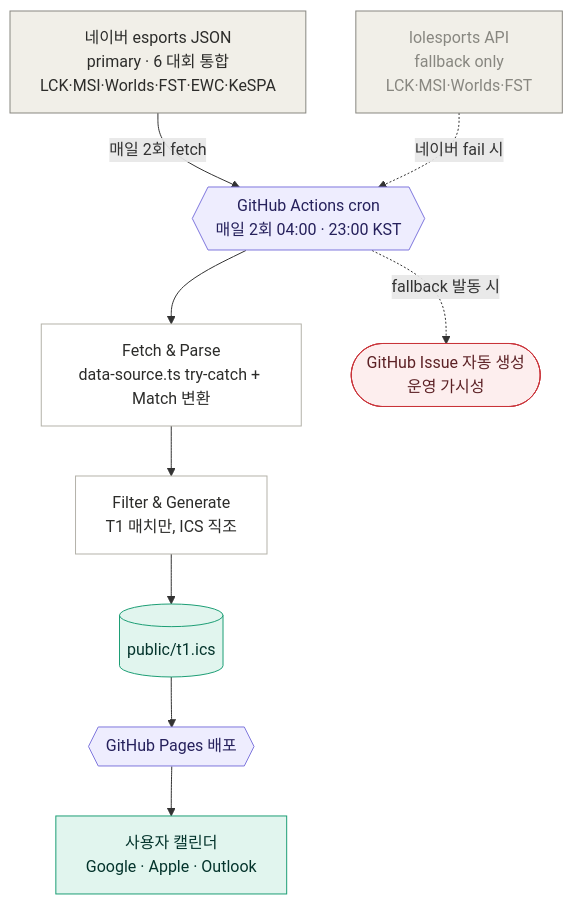
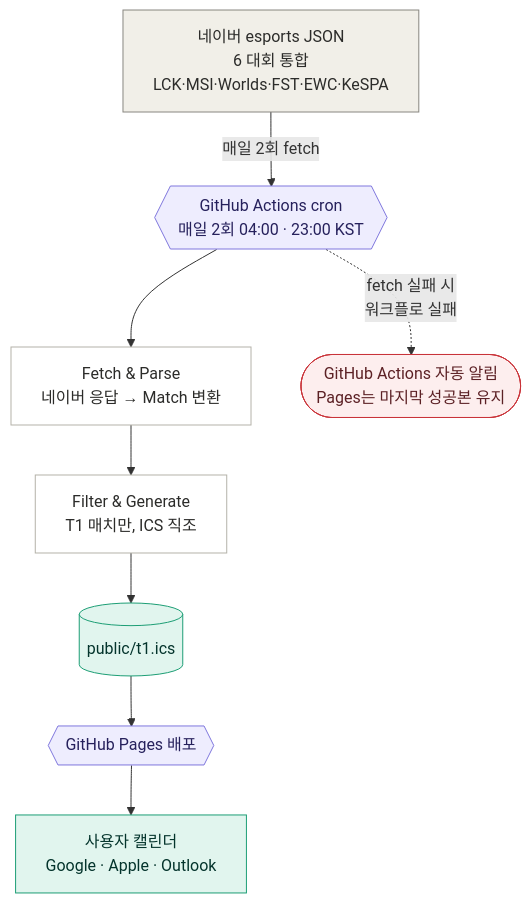
One commit to ericagong/lck-schedule-sync changed the first of 2 diagrams in ARCHITECTURE.md. Above: the diagram before and after it, drawn with Mermaid. The commit also changed other lines of this file and 21 other files, not shown here.

First line of the commit message:
refactor(phase-3): lolesports fallback 제거 — 네이버 단일 소스로 단순화

````diff
--- a/ARCHITECTURE.md
+++ b/ARCHITECTURE.md
@@ -9,21 +9,19 @@
 ```mermaid
 flowchart TD
-    naver[네이버 esports JSON<br/>primary · 6 대회 통합<br/>LCK·MSI·Worlds·FST·EWC·KeSPA] -->|매일 2회 fetch| cron
-    lolesports[lolesports API<br/>fallback only<br/>LCK·MSI·Worlds·FST] -.->|네이버 fail 시| cron
+    naver[네이버 esports JSON<br/>6 대회 통합<br/>LCK·MSI·Worlds·FST·EWC·KeSPA] -->|매일 2회 fetch| cron
     cron{{GitHub Actions cron<br/>매일 2회 04:00 · 23:00 KST}} --> fetchparse
-    fetchparse[Fetch & Parse<br/>data-source.ts try-catch + Match 변환] --> filtergen
+    fetchparse[Fetch & Parse<br/>네이버 응답 → Match 변환] --> filtergen
     filtergen[Filter & Generate<br/>T1 매치만, ICS 직조] --> icsfile
     icsfile[(public/t1.ics)] --> pages{{GitHub Pages 배포}}
     pages --> calendar[사용자 캘린더<br/>Google · Apple · Outlook]
-    cron -.->|fallback 발동 시| issue([GitHub Issue 자동 생성<br/>운영 가시성])
+    cron -.->|fetch 실패 시<br/>워크플로 실패| failure([GitHub Actions 자동 알림<br/>Pages는 마지막 성공본 유지])
 
     style naver fill:#F1EFE8,stroke:#888780,color:#2C2C2A
-    style lolesports fill:#F1EFE8,stroke:#888780,color:#888780
     style cron fill:#EEEDFE,stroke:#7F77DD,color:#26215C
     style fetchparse fill:#ffffff,stroke:#B4B2A9,color:#2C2C2A
     style filtergen fill:#ffffff,stroke:#B4B2A9,color:#2C2C2A
     style icsfile fill:#E1F5EE,stroke:#1D9E75,color:#04342C
     style pages fill:#EEEDFE,stroke:#7F77DD,color:#26215C
     style calendar fill:#E1F5EE,stroke:#1D9E75,color:#04342C
-    style issue fill:#FDEEEE,stroke:#C9343A,color:#5C2125
+    style failure fill:#FDEEEE,stroke:#C9343A,color:#5C2125
 ```
````
